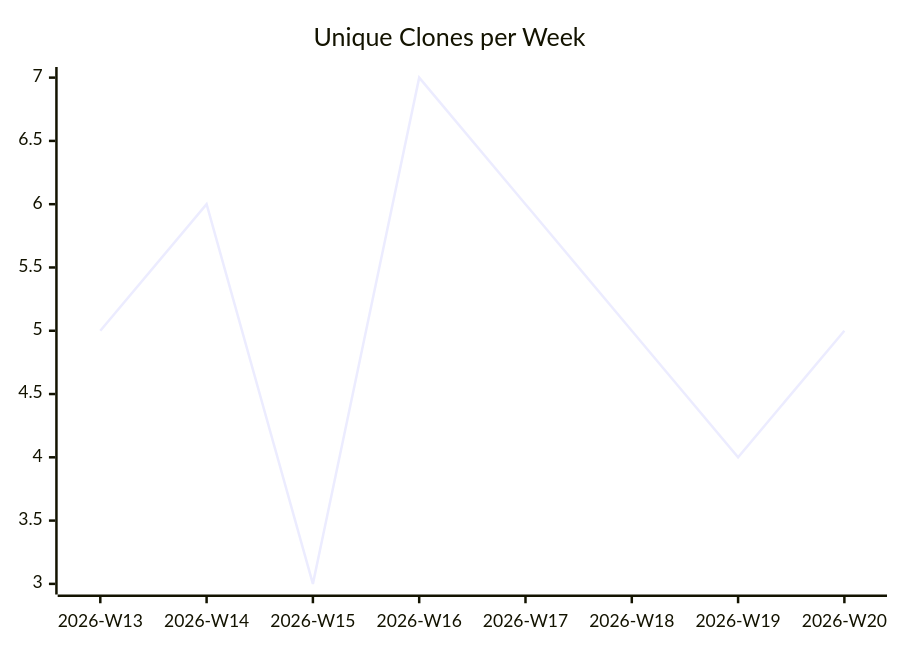
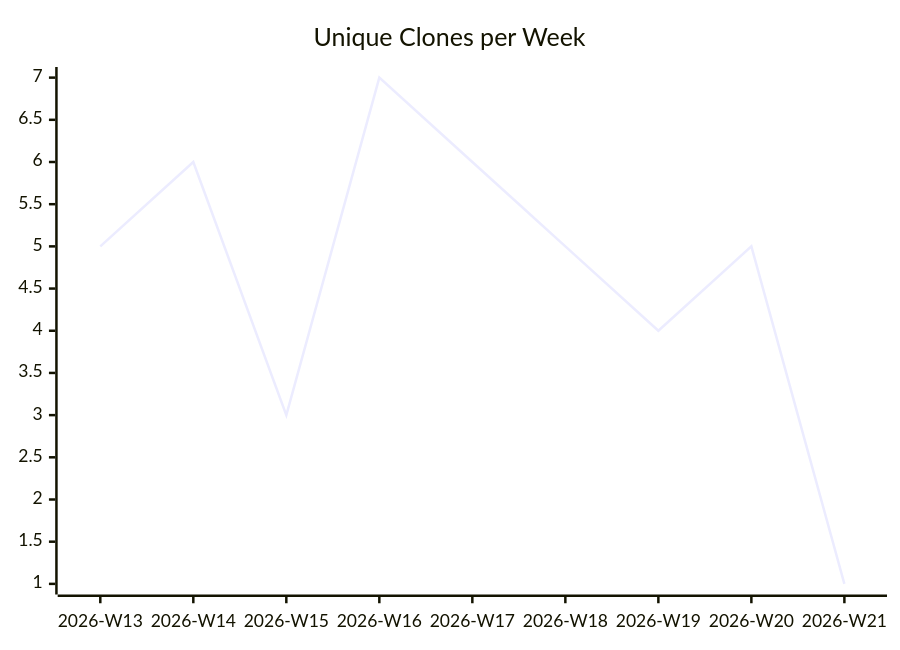
One commit to justdavis-family/github-analytics-data changed the third of 3 diagrams in karlmdavis/kxml2/README.md. Above: the diagram before and after it, drawn with Mermaid. The commit also changed other lines of this file and 189 other files, not shown here.

````diff
--- a/karlmdavis/kxml2/README.md
+++ b/karlmdavis/kxml2/README.md
@@ -19,6 +19,6 @@
 ```mermaid
 xychart-beta
   title "Unique Clones per Week"
-  x-axis ["2026-W13", "2026-W14", "2026-W15", "2026-W16", "2026-W17", "2026-W18", "2026-W19", "2026-W20"]
-  line [5, 6, 3, 7, 6, 5, 4, 5]
+  x-axis ["2026-W13", "2026-W14", "2026-W15", "2026-W16", "2026-W17", "2026-W18", "2026-W19", "2026-W20", "2026-W21"]
+  line [5, 6, 3, 7, 6, 5, 4, 5, 1]
 ```
````
